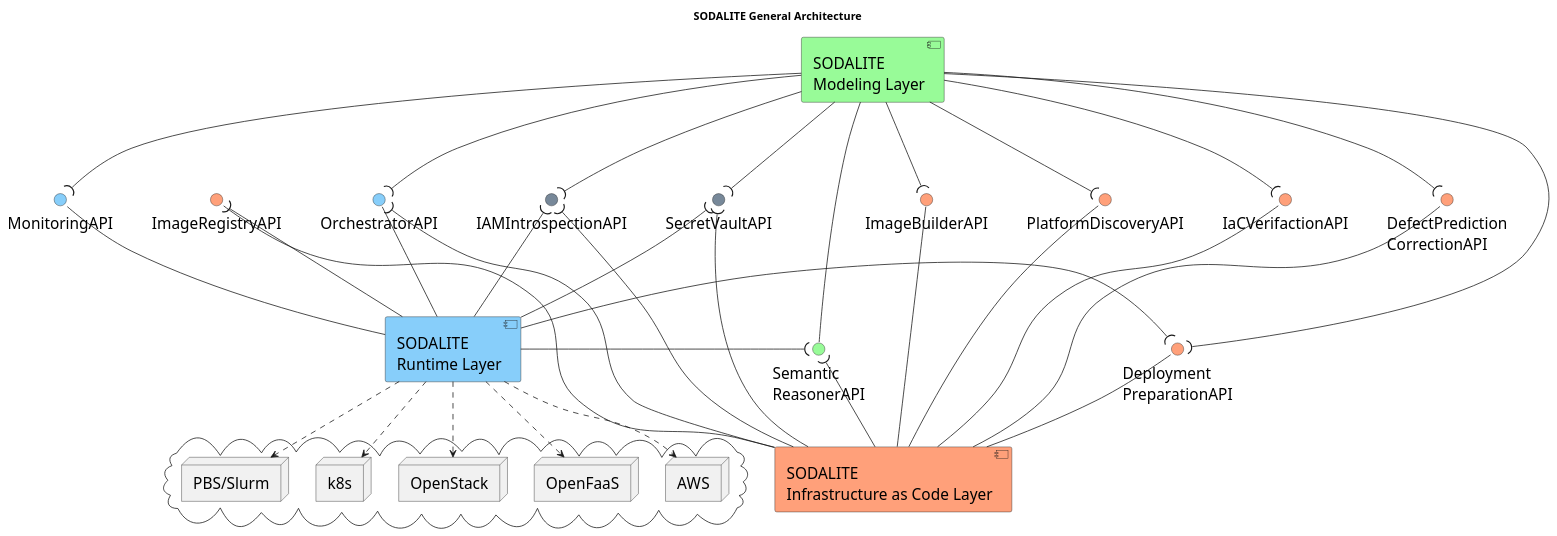
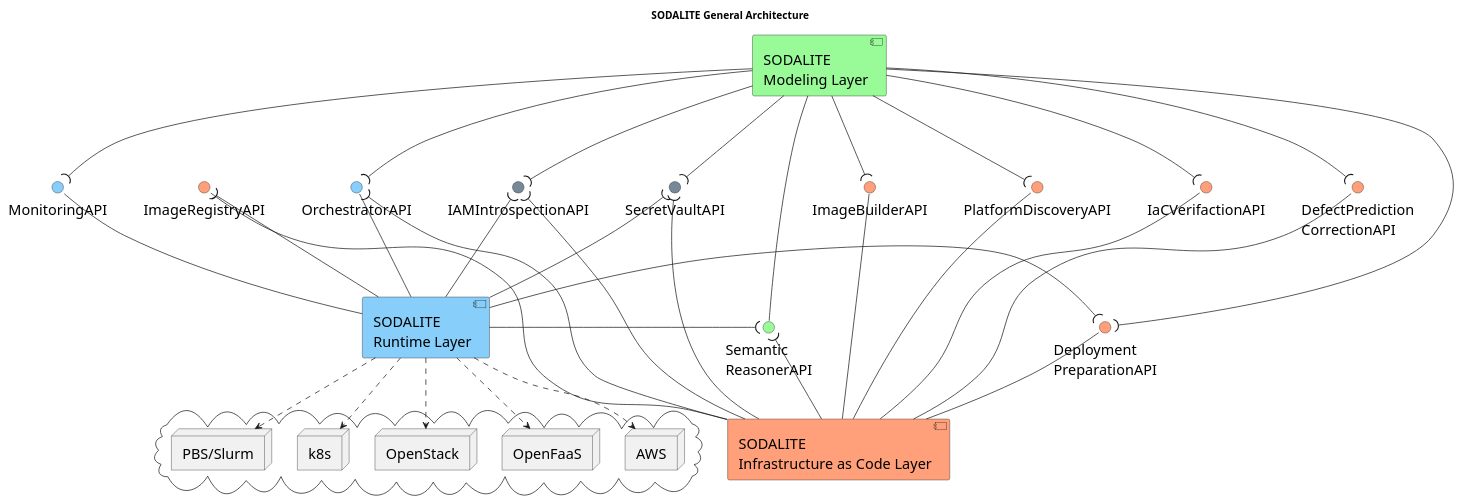
One commit to SODALITE-EU/project-wide-documentation changed the diagram in uml/component-diagrams/CD-SODALITEGeneralArchitecture.puml. Above: the diagram before and after it, drawn with PlantUML.

Commit message:
Added skinparam directive to fit the PNG
Added skinparam directive to fit the PNG

```diff
--- a/uml/component-diagrams/CD-SODALITEGeneralArchitecture.puml
+++ b/uml/component-diagrams/CD-SODALITEGeneralArchitecture.puml
@@ -1,75 +1,76 @@
 @startuml
 
 title SODALITE General Architecture
 
 skinparam fixCircleLabelOverlapping true 
 skinparam defaultFontSize 20
+skinparam dpi 90
 
 'WP3 modelling layer
 [SODALITE\nModeling Layer] as WP3 #PaleGreen
 interface "Semantic\nReasonerAPI" as sem #PaleGreen
 WP3 -d- sem
 
 'WP4 infrastructure as Code layer
 [SODALITE\nInfrastructure as Code Layer] as WP4 #LightSalmon
 interface "Deployment\nPreparationAPI" as dep #LightSalmon
 interface "DefectPrediction\nCorrectionAPI" as defect #LightSalmon
 interface "IaCVerifactionAPI" as verif #LightSalmon
 interface "ImageRegistryAPI" as imagereg  #LightSalmon
 interface "ImageBuilderAPI" as imagebuilder  #LightSalmon
 interface "PlatformDiscoveryAPI" as pds #LightSalmon
 WP4 -u- dep
 WP4 -u- defect
 WP4 -u- verif
 WP4 -u- pds
 WP4 -d- imagereg
 WP4 -u- imagebuilder
 
 
 'WP4 infrastructure as Code layer
 [SODALITE\nRuntime Layer] as WP5 #LightSkyBlue
 interface "MonitoringAPI" as mon #LightSkyBlue
 interface "OrchestratorAPI" as orch #LightSkyBlue
 WP5 -u- mon 
 WP5 -u- orch
 
 'security APIs
 interface "IAMIntrospectionAPI" as IAMApi #LightSlateGrey
 interface "SecretVaultAPI" as VaultAPI #LightSlateGrey
 
 cloud {
     node OpenStack
     node k8s as K8S
     node "PBS/Slurm" as wlm
     node AWS
     node OpenFaaS
 }
 
 WP3 -d-( IAMApi
 WP3 -d-( VaultAPI
 WP3 -d-( dep
 WP3 -d-( defect
 WP3 -d-( verif
 WP3 -d-( mon
 WP3 -d-( orch
 WP3 -d-( imagebuilder
 WP3 -d-( pds
 
 WP4 -u-( IAMApi
 WP4 -u-( VaultAPI
 WP4 -u-( sem
 WP4 -u-( orch
 
 WP5 -u-( IAMApi
 WP5 -u-( VaultAPI
 WP5 -u-( imagereg
 WP5 -r-( dep
 WP5 -r-( sem
 
 WP5 .d.> OpenStack
 WP5 .d.> K8S
 WP5 .d.> wlm
 WP5 .d.> AWS
 WP5 .d.> OpenFaaS
 
 @enduml
```
